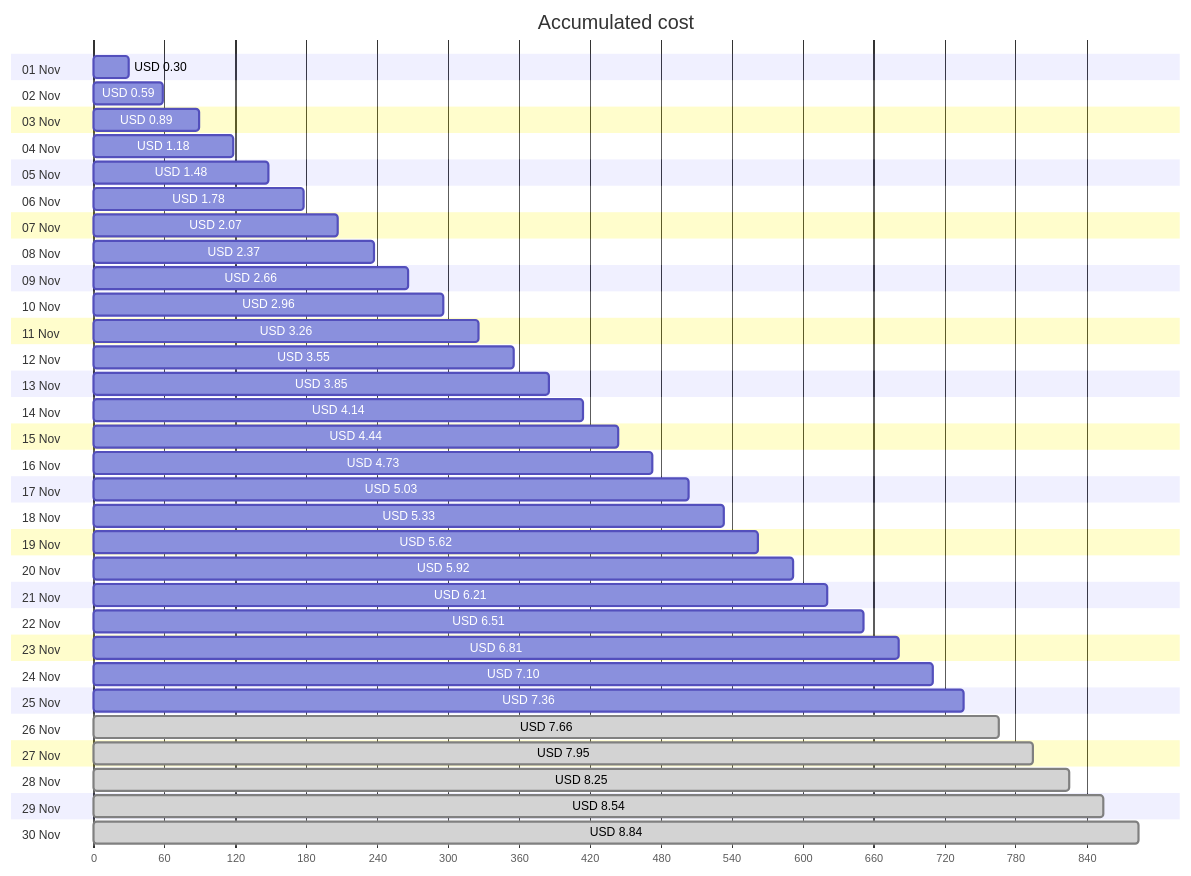
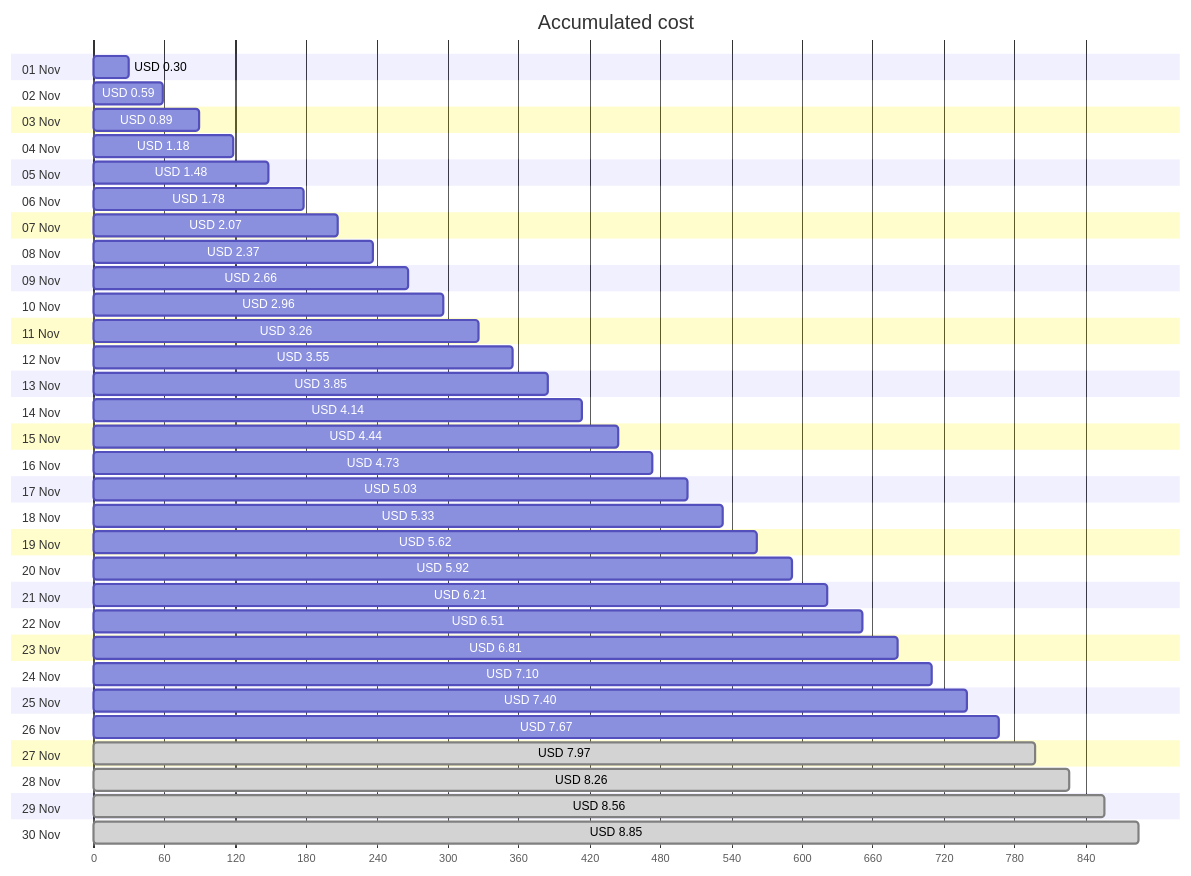
One commit to jpfulton/azure-personal-reports changed the first of 4 diagrams in cost-reports/personal-site/personal-site-preview.md. Above: the diagram before and after it, drawn with Mermaid. The commit also changed other lines of this file and 6 other files, not shown here.

````diff
--- a/cost-reports/personal-site/personal-site-preview.md
+++ b/cost-reports/personal-site/personal-site-preview.md
@@ -20,66 +20,66 @@
 ```mermaid
 gantt
    title Accumulated cost
    dateFormat  X
    axisFormat %s
    section 01 Nov
    USD 0.30 :0, 30
    section 02 Nov
    USD 0.59 :0, 59
    section 03 Nov
    USD 0.89 :0, 89
    section 04 Nov
    USD 1.18 :0, 118
    section 05 Nov
    USD 1.48 :0, 148
    section 06 Nov
    USD 1.78 :0, 178
    section 07 Nov
    USD 2.07 :0, 207
    section 08 Nov
    USD 2.37 :0, 237
    section 09 Nov
    USD 2.66 :0, 266
    section 10 Nov
    USD 2.96 :0, 296
    section 11 Nov
    USD 3.26 :0, 326
    section 12 Nov
    USD 3.55 :0, 355
    section 13 Nov
    USD 3.85 :0, 385
    section 14 Nov
    USD 4.14 :0, 414
    section 15 Nov
    USD 4.44 :0, 444
    section 16 Nov
    USD 4.73 :0, 473
    section 17 Nov
    USD 5.03 :0, 503
    section 18 Nov
    USD 5.33 :0, 533
    section 19 Nov
    USD 5.62 :0, 562
    section 20 Nov
    USD 5.92 :0, 592
    section 21 Nov
    USD 6.21 :0, 621
    section 22 Nov
    USD 6.51 :0, 651
    section 23 Nov
    USD 6.81 :0, 681
    section 24 Nov
    USD 7.10 :0, 710
    section 25 Nov
-   USD 7.36 :0, 736
+   USD 7.40 :0, 740
    section 26 Nov
-   USD 7.66 : done, 0, 766
+   USD 7.67 :0, 767
    section 27 Nov
-   USD 7.95 : done, 0, 795
+   USD 7.97 : done, 0, 797
    section 28 Nov
-   USD 8.25 : done, 0, 825
+   USD 8.26 : done, 0, 826
    section 29 Nov
-   USD 8.54 : done, 0, 854
+   USD 8.56 : done, 0, 856
    section 30 Nov
-   USD 8.84 : done, 0, 884
+   USD 8.85 : done, 0, 885
 ```
````
